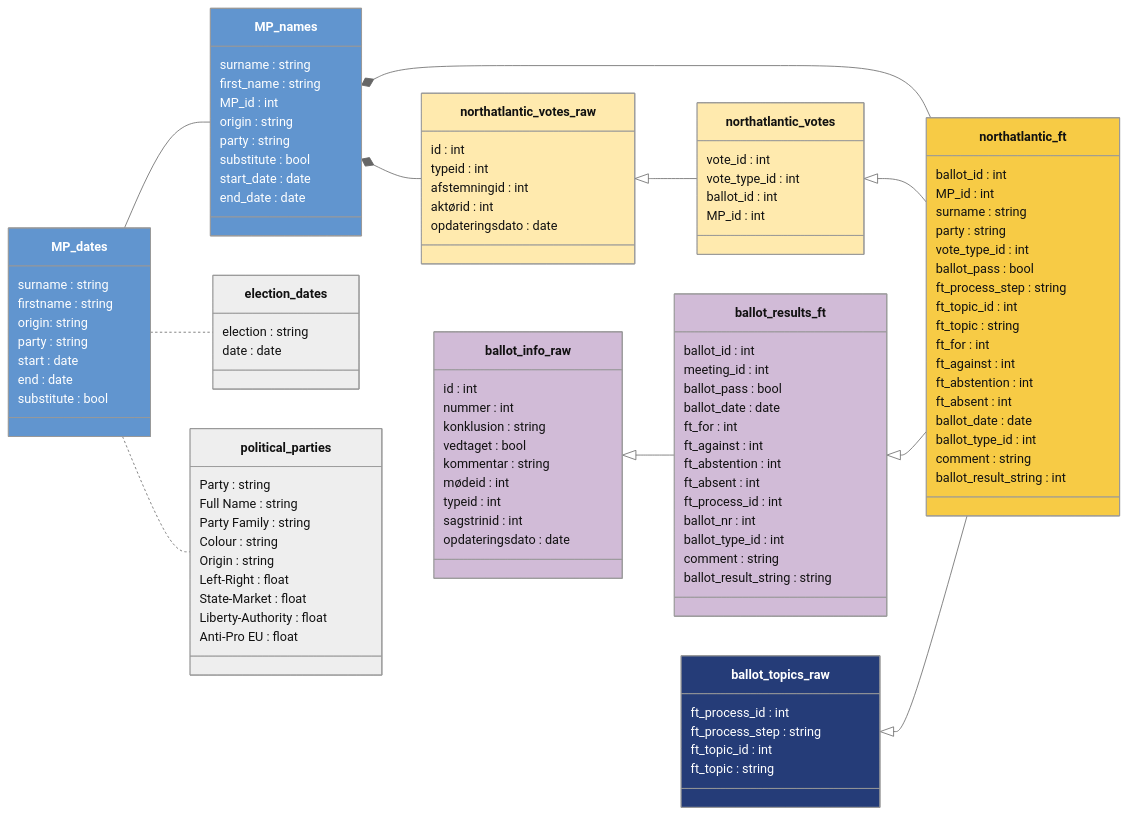
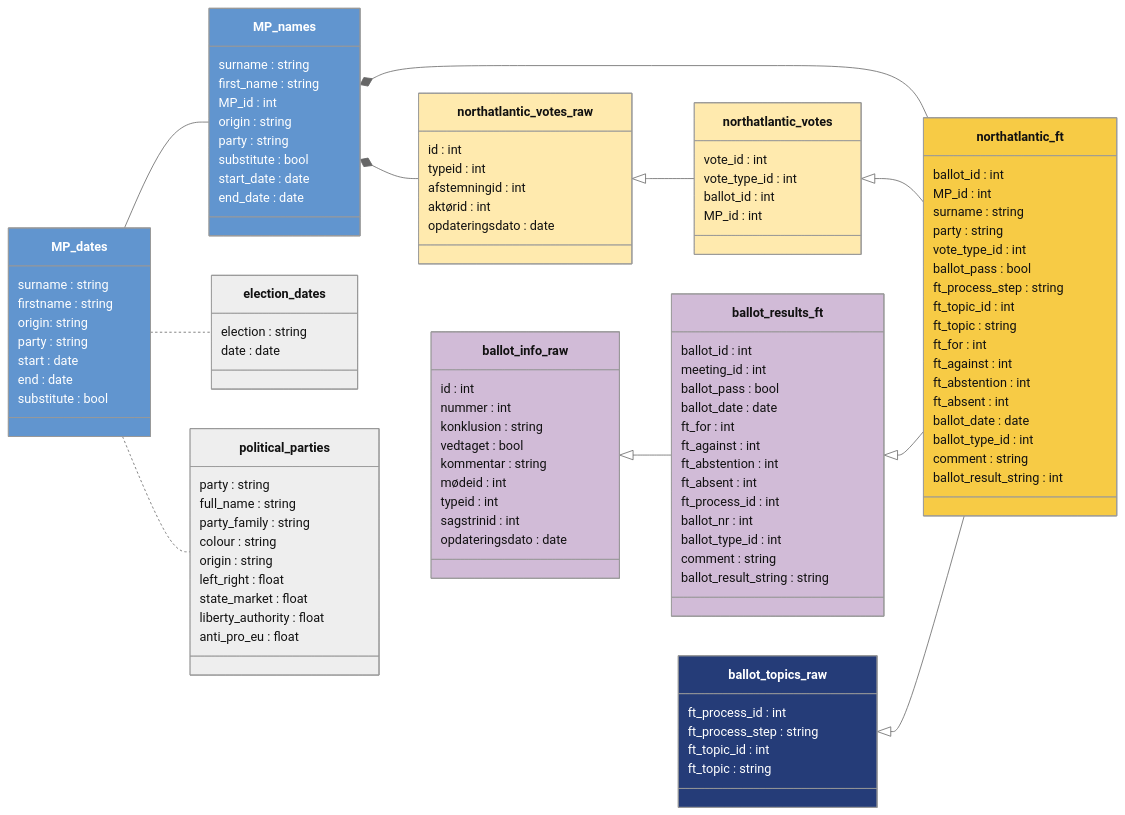
Before and after one commit to mtwente/nordatlantisk-ft: the diagram in docs/codebook.qmd, drawn with Mermaid (neutral theme). The commit also changed other lines of this file and 3 other files, not shown here.

```diff
--- a/docs/codebook.qmd
+++ b/docs/codebook.qmd
@@ -215,15 +215,15 @@
     }
 
     class political_parties {
-        Party : string
-        Full Name : string
-        Party Family : string
-        Colour : string
-        Origin : string
-        Left-Right : float
-        State-Market : float
-        Liberty-Authority : float
-        Anti-Pro EU : float
+        party : string
+        full_name : string
+        party_family : string
+        colour : string
+        origin : string
+        left_right : float
+        state_market : float
+        liberty_authority : float
+        anti_pro_eu : float
     }
 
 style ballot_info_raw fill:#D1BBD7
```
